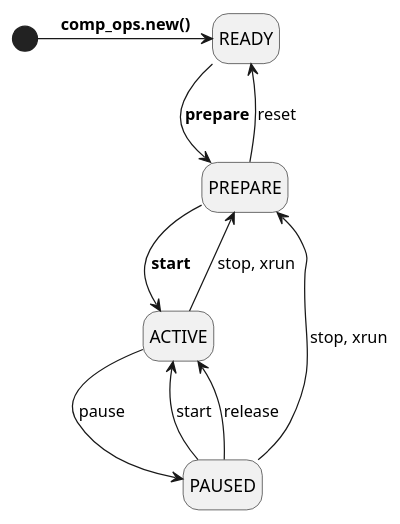
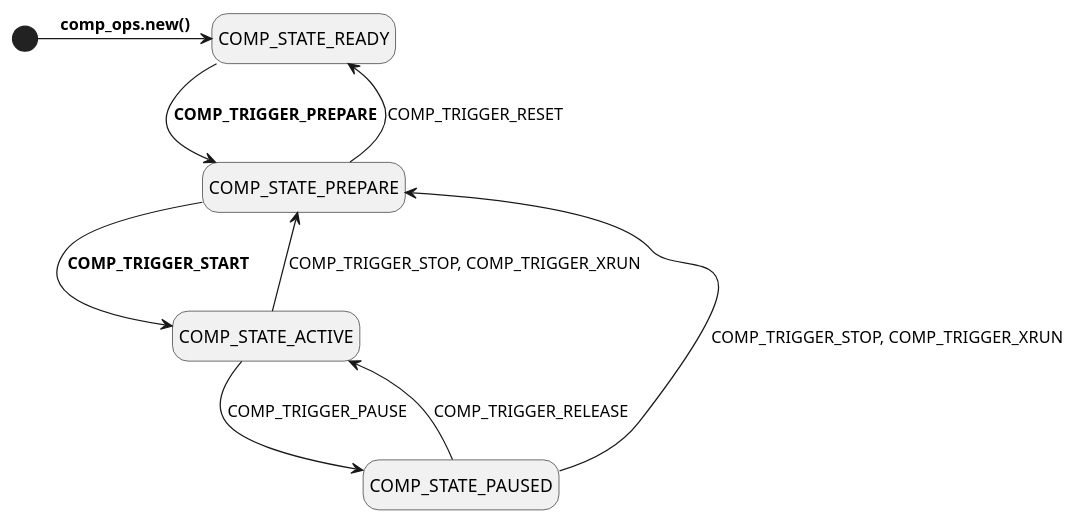
The diagram in developer_guides/firmware/components/images/comp-dev-states.pu (thesofproject/sof-docs), drawn with PlantUML before and after one commit. The commit also changed 1 other file, not shown here.

Commit message:
component: fix state diagram
Removed the transition that does not exist anymore.

The diagram contains full names of states and triggers
as in the source code for easier searching.

Description from the paragraph moved to the header file
for easier access for component developers.

```diff
--- a/developer_guides/firmware/components/images/comp-dev-states.pu
+++ b/developer_guides/firmware/components/images/comp-dev-states.pu
@@ -1,16 +1,15 @@
 hide empty description
-[*] -right-> READY : <b>comp_ops.new()</b>
+[*] -right-> COMP_STATE_READY : <b>comp_ops.new()</b>
 
-READY -right-> PREPARE : <b>prepare</b>
+COMP_STATE_READY -right-> COMP_STATE_PREPARE : <b>COMP_TRIGGER_PREPARE</b>
 
-PREPARE --> ACTIVE : <b>start</b>
-PAUSED --> ACTIVE : start
+COMP_STATE_PREPARE --> COMP_STATE_ACTIVE : <b>COMP_TRIGGER_START</b>
 
-ACTIVE --> PREPARE : stop, xrun
-PAUSED --> PREPARE : stop, xrun
+COMP_STATE_ACTIVE --> COMP_STATE_PREPARE : COMP_TRIGGER_STOP, COMP_TRIGGER_XRUN
+COMP_STATE_PAUSED --> COMP_STATE_PREPARE : COMP_TRIGGER_STOP, COMP_TRIGGER_XRUN
 
-ACTIVE -> PAUSED : pause
+COMP_STATE_ACTIVE -> COMP_STATE_PAUSED : COMP_TRIGGER_PAUSE
 
-PAUSED --> ACTIVE : release
+COMP_STATE_PAUSED --> COMP_STATE_ACTIVE : COMP_TRIGGER_RELEASE
 
-PREPARE --> READY : reset
+COMP_STATE_PREPARE --> COMP_STATE_READY : COMP_TRIGGER_RESET
```
